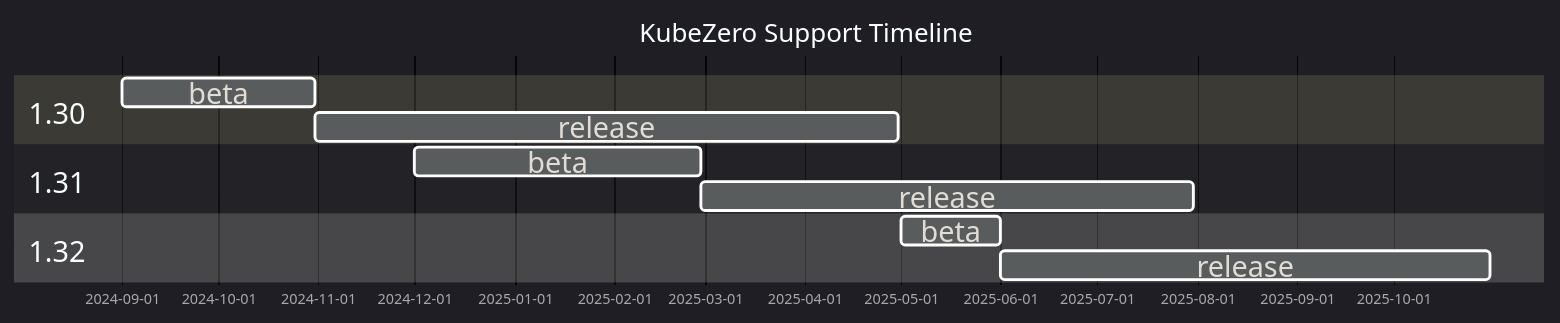
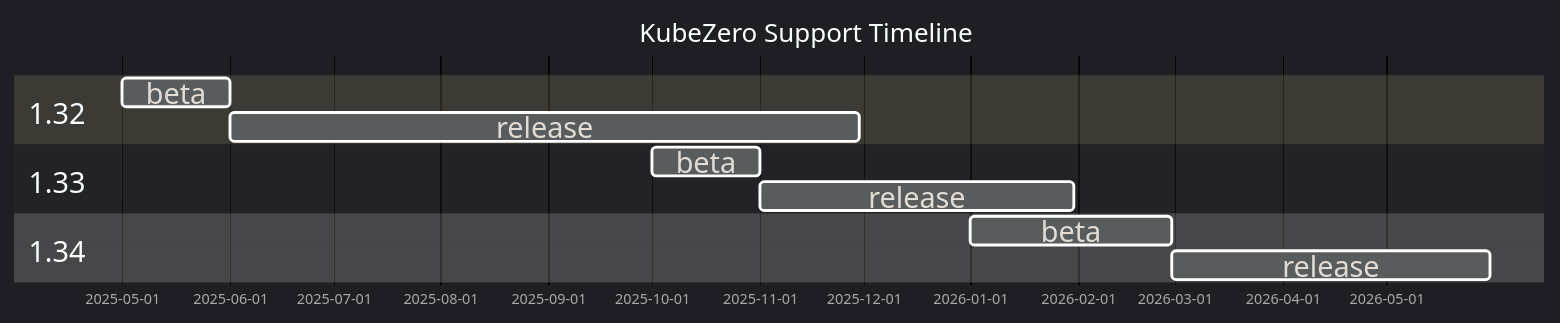
Before and after one commit to Zero-Down-Time/KubeZero: the diagram in README.md, drawn with Mermaid. The commit also changed other lines of this file, not shown here.

Commit message:
docs: update README with release plans

````diff
--- a/README.md
+++ b/README.md
@@ -26,15 +26,15 @@
 ```mermaid
 %%{init: {'theme': 'dark', 'gantt': {'fontSize': '20','sectionFontSize':'20'}}}%%
 gantt
     title KubeZero Support Timeline
     dateFormat  YYYY-MM-DD
-    section 1.30
-    beta     :130b, 2024-09-01, 2024-10-31
-    release  :after 130b, 2025-04-30
-    section 1.31
-    beta     :131b, 2024-12-01, 2025-02-28
-    release  :after 131b, 2025-07-31
     section 1.32
     beta     :132b, 2025-05-01, 2025-06-01
-    release  :after 132b, 2025-10-31
+    release  :after 132b, 2025-11-30
+    section 1.33
+    beta     :133b, 2025-10-01, 2025-11-01
+    release  :after 133b, 2026-01-31
+    section 1.34
+    beta     :134b, 2026-01-01, 2026-02-28
+    release  :after 134b, 2026-05-31
 ```
````
